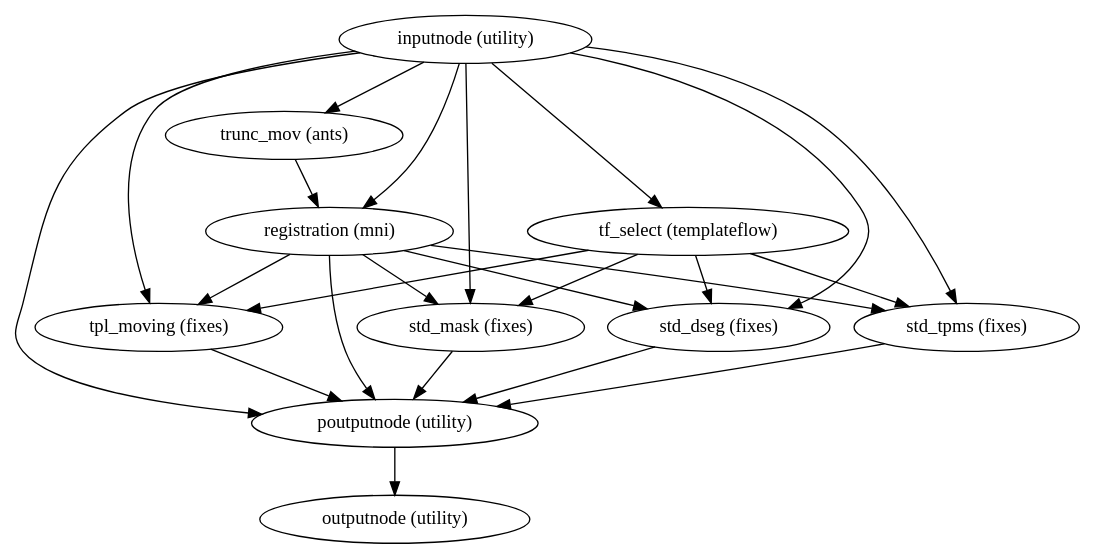
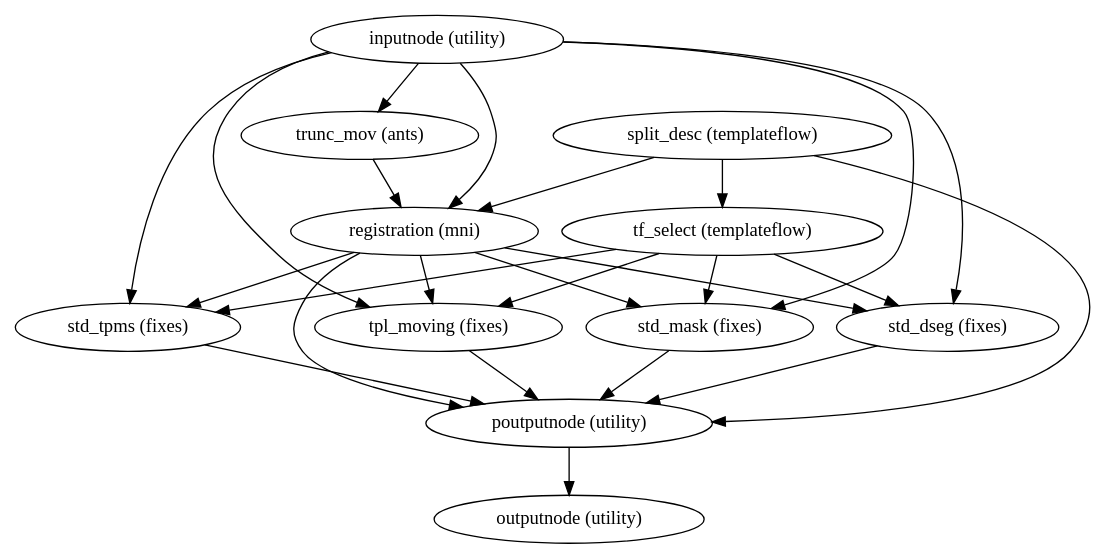
Before and after one commit to nuKs/smriprep: the diagram in master/wf_directive/api/anat_norm_wf/smriprep-workflows-norm-1.dot, drawn with Graphviz. The commit also changed 364 other files, not shown here.

```diff
--- a/master/wf_directive/api/anat_norm_wf/smriprep-workflows-norm-1.dot
+++ b/master/wf_directive/api/anat_norm_wf/smriprep-workflows-norm-1.dot
@@ -1,35 +1,37 @@
 strict digraph  {
 "inputnode (utility)";
-"tf_select (templateflow)";
+"trunc_mov (ants)";
 "registration (mni)";
-"trunc_mov (ants)";
 "tpl_moving (fixes)";
 "std_mask (fixes)";
 "std_dseg (fixes)";
 "std_tpms (fixes)";
 "poutputnode (utility)";
+"split_desc (templateflow)";
+"tf_select (templateflow)";
 "outputnode (utility)";
-"inputnode (utility)" -> "tf_select (templateflow)";
+"inputnode (utility)" -> "trunc_mov (ants)";
 "inputnode (utility)" -> "registration (mni)";
-"inputnode (utility)" -> "trunc_mov (ants)";
 "inputnode (utility)" -> "tpl_moving (fixes)";
 "inputnode (utility)" -> "std_mask (fixes)";
 "inputnode (utility)" -> "std_dseg (fixes)";
 "inputnode (utility)" -> "std_tpms (fixes)";
-"inputnode (utility)" -> "poutputnode (utility)";
-"tf_select (templateflow)" -> "tpl_moving (fixes)";
-"tf_select (templateflow)" -> "std_mask (fixes)";
-"tf_select (templateflow)" -> "std_dseg (fixes)";
-"tf_select (templateflow)" -> "std_tpms (fixes)";
+"trunc_mov (ants)" -> "registration (mni)";
 "registration (mni)" -> "tpl_moving (fixes)";
 "registration (mni)" -> "std_mask (fixes)";
 "registration (mni)" -> "std_dseg (fixes)";
 "registration (mni)" -> "std_tpms (fixes)";
 "registration (mni)" -> "poutputnode (utility)";
-"trunc_mov (ants)" -> "registration (mni)";
 "tpl_moving (fixes)" -> "poutputnode (utility)";
 "std_mask (fixes)" -> "poutputnode (utility)";
 "std_dseg (fixes)" -> "poutputnode (utility)";
 "std_tpms (fixes)" -> "poutputnode (utility)";
 "poutputnode (utility)" -> "outputnode (utility)";
+"split_desc (templateflow)" -> "tf_select (templateflow)";
+"split_desc (templateflow)" -> "registration (mni)";
+"split_desc (templateflow)" -> "poutputnode (utility)";
+"tf_select (templateflow)" -> "tpl_moving (fixes)";
+"tf_select (templateflow)" -> "std_mask (fixes)";
+"tf_select (templateflow)" -> "std_dseg (fixes)";
+"tf_select (templateflow)" -> "std_tpms (fixes)";
 }
```
